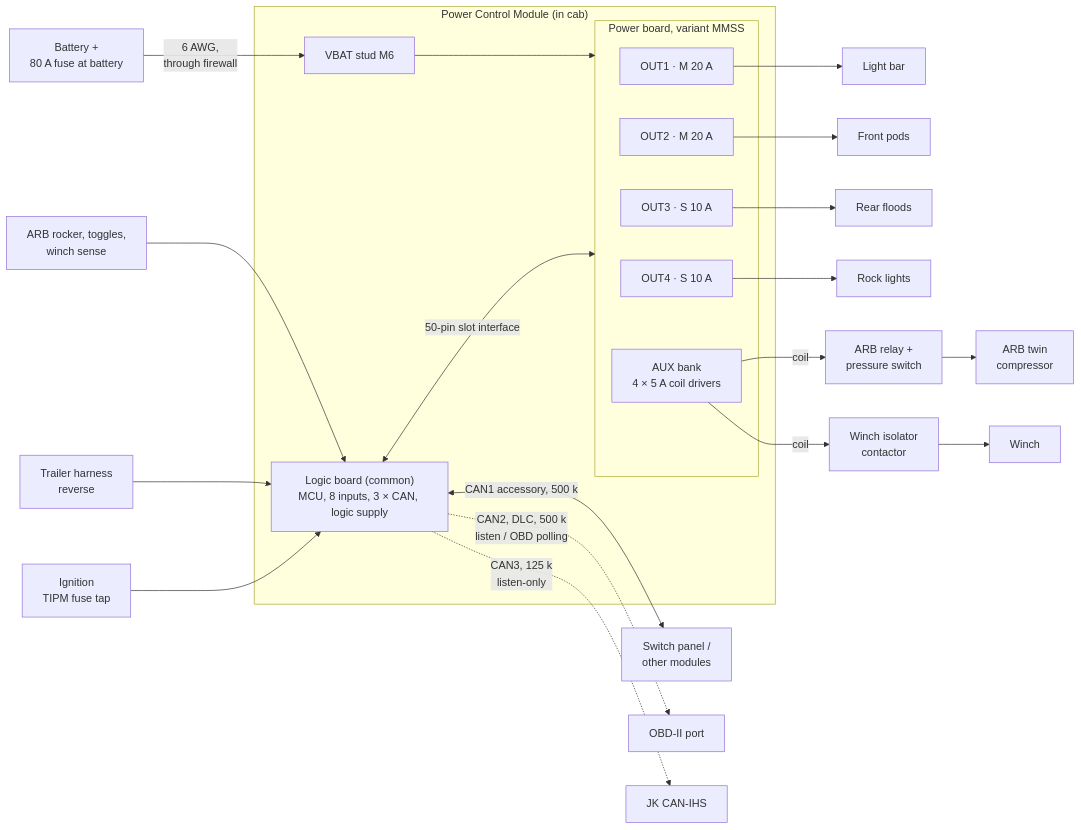
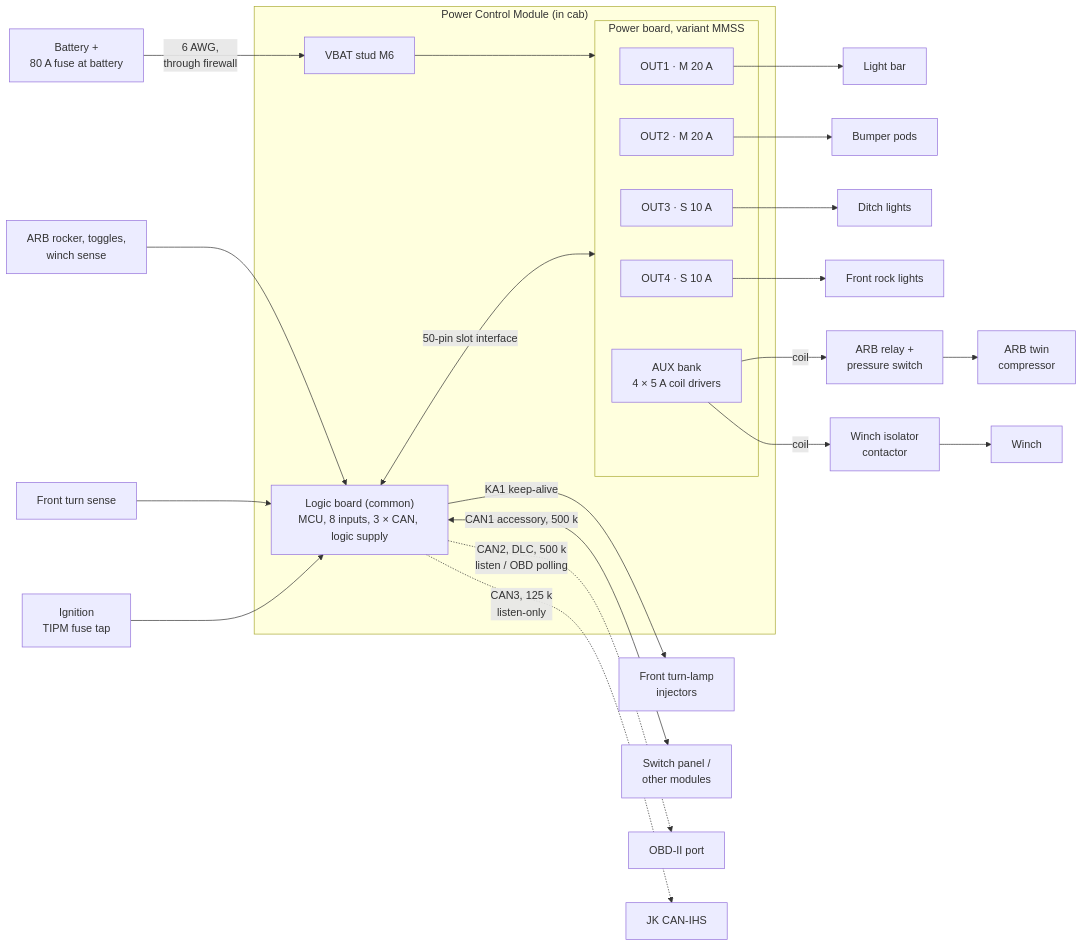
One commit to jeffmincey/playground changed the first of 2 diagrams in power-control-module/docs/02-architecture.md. Above: the diagram before and after it, drawn with Mermaid. The commit also changed other lines of this file and 17 other files, not shown here.

````diff
--- a/power-control-module/docs/02-architecture.md
+++ b/power-control-module/docs/02-architecture.md
@@ -8,30 +8,31 @@
 ```mermaid
 flowchart LR
     BAT["Battery +<br/>80 A fuse at battery"] -->|"6 AWG,<br/>through firewall"| STUD
     subgraph PCM["Power Control Module (in cab)"]
         STUD["VBAT stud M6"] --> PB
         subgraph PB["Power board, variant MMSS"]
             S1["OUT1 · M 20 A"]
             S2["OUT2 · M 20 A"]
             S3["OUT3 · S 10 A"]
             S4["OUT4 · S 10 A"]
             AUX["AUX bank<br/>4 × 5 A coil drivers"]
         end
         LB["Logic board (common)<br/>MCU, 8 inputs, 3 × CAN, logic supply"]
         LB <-->|"50-pin slot interface"| PB
     end
     S1 --> BAR["Light bar"]
-    S2 --> PODS["Front pods"]
-    S3 --> REAR["Rear floods"]
-    S4 --> ROCK["Rock lights"]
+    S2 --> PODS["Bumper pods"]
+    S3 --> DITCH["Ditch lights"]
+    S4 --> ROCK["Front rock lights"]
     AUX -->|"coil"| ARBR["ARB relay +<br/>pressure switch"]
     ARBR --> COMP["ARB twin<br/>compressor"]
     AUX -->|"coil"| WCON["Winch isolator<br/>contactor"]
     WCON --> WINCH["Winch"]
     SW["ARB rocker, toggles,<br/>winch sense"] --> LB
-    TRL["Trailer harness<br/>reverse"] --> LB
+    TURN["Front turn sense"] --> LB
+    LB -->|"KA1 keep-alive"| INJ["Front turn-lamp<br/>injectors"]
     IGN["Ignition<br/>TIPM fuse tap"] --> LB
     LB <-->|"CAN1 accessory, 500 k"| PANEL["Switch panel /<br/>other modules"]
     LB -.->|"CAN2, DLC, 500 k<br/>listen / OBD polling"| DLC["OBD-II port"]
     LB -.->|"CAN3, 125 k<br/>listen-only"| IHS["JK CAN-IHS"]
 ```
````
